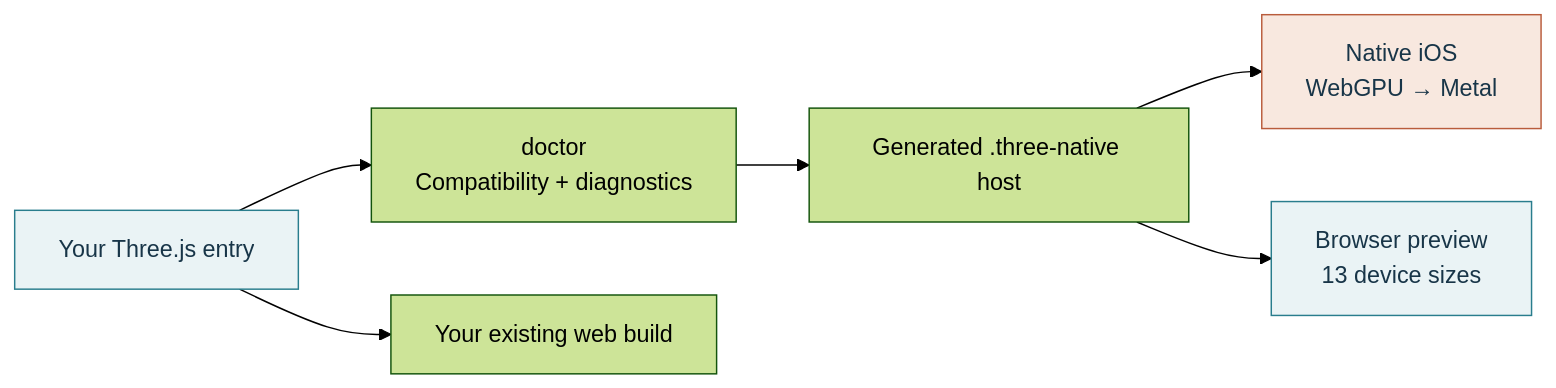
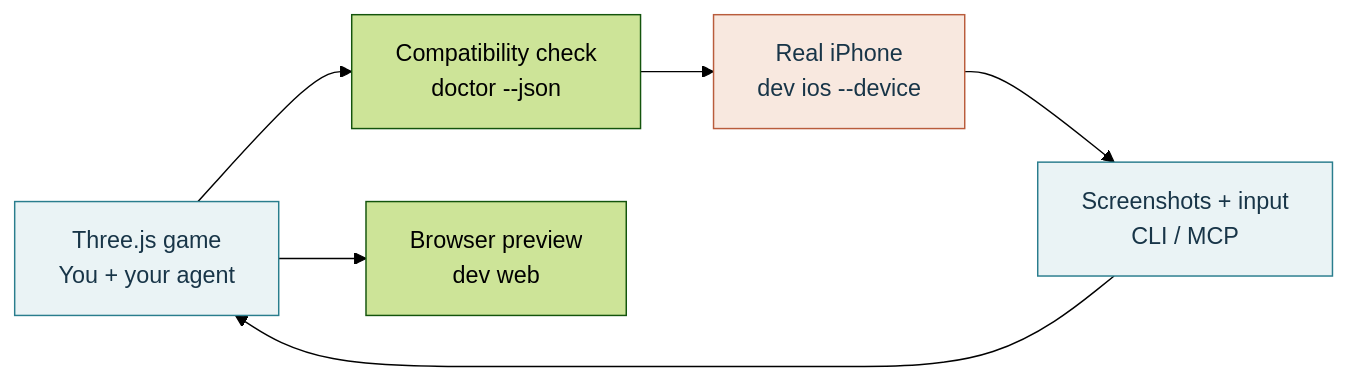
Before and after one commit to jstxn/three-native: the diagram in README.md, drawn with Mermaid (forest theme). The commit also changed other lines of this file and 1 other file, not shown here.

Commit message:
docs: focus README on agent-to-iPhone game workflow

````diff
--- a/README.md
+++ b/README.md
@@ -71,11 +33,11 @@
 ```mermaid
 flowchart LR
-    entry["Your Three.js entry"] --> check["doctor<br/>Compatibility + diagnostics"]
-    check --> host["Generated .three-native host"]
-    host --> ios["Native iOS<br/>WebGPU → Metal"]
-    host --> web["Browser preview<br/>13 device sizes"]
-    entry --> original["Your existing web build"]
-    style entry fill:#eaf3f5,stroke:#297d8d,color:#183548
-    style ios fill:#f8e8df,stroke:#b95c3c,color:#183548
-    style web fill:#eaf3f5,stroke:#297d8d,color:#183548
+    game["Three.js game<br/>You + your agent"] --> check["Compatibility check<br/>doctor --json"]
+    check --> phone["Real iPhone<br/>dev ios --device"]
+    phone --> feedback["Screenshots + input<br/>CLI / MCP"]
+    feedback --> game
+    game --> web["Browser preview<br/>dev web"]
+    style game fill:#eaf3f5,stroke:#297d8d,color:#183548
+    style phone fill:#f8e8df,stroke:#b95c3c,color:#183548
+    style feedback fill:#eaf3f5,stroke:#297d8d,color:#183548
 ```
````
